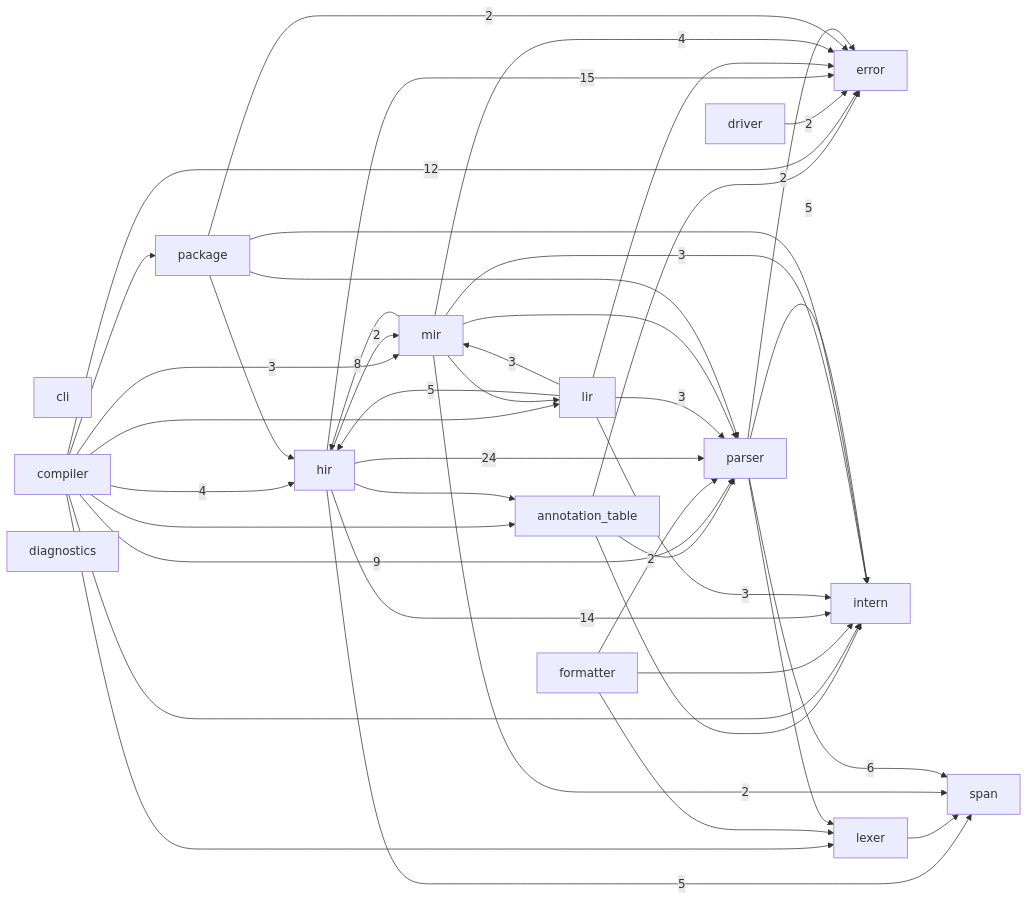
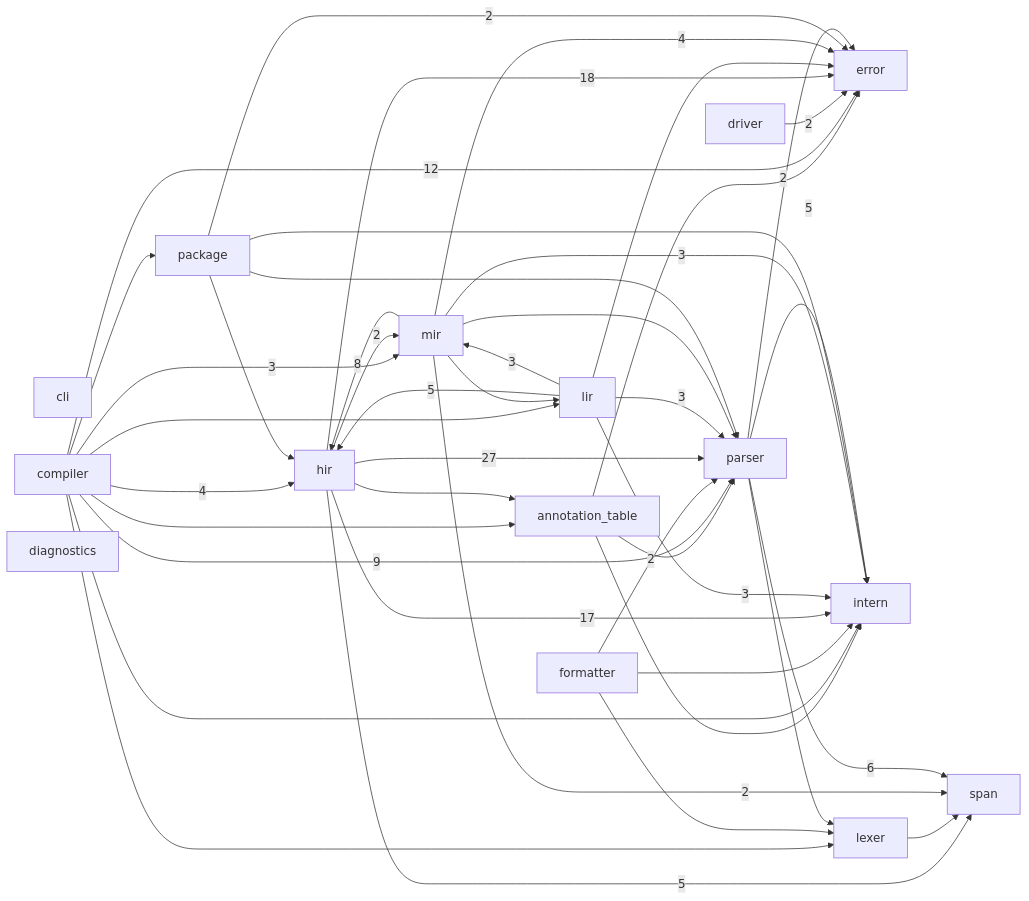
The diagram in docs/module-graph.md (ayanami1ei/Ayanami-language), drawn with Mermaid before and after one commit. The commit also changed other lines of this file and 6 other files, not shown here.

````diff
--- a/docs/module-graph.md
+++ b/docs/module-graph.md
@@ -6,60 +6,60 @@
 ```mermaid
 graph LR
     annotation_table
     cli
     compiler
     diagnostics
     driver
     error
     formatter
     hir
     intern
     lexer
     lir
     mir
     package
     parser
     span
     annotation_table --> error
     annotation_table --> intern
     annotation_table --> parser
     compiler --> annotation_table
     compiler -->|12| error
     compiler -->|4| hir
     compiler --> intern
     compiler --> lexer
     compiler --> lir
     compiler -->|3| mir
     compiler --> package
     compiler -->|9| parser
     driver -->|2| error
     formatter --> intern
     formatter --> lexer
     formatter -->|2| parser
     hir --> annotation_table
-    hir -->|15| error
-    hir -->|14| intern
+    hir -->|18| error
+    hir -->|17| intern
     hir -->|2| mir
-    hir -->|24| parser
+    hir -->|27| parser
     hir -->|5| span
     lexer --> span
     lir --> error
     lir -->|5| hir
     lir -->|3| intern
     lir -->|3| mir
     lir -->|3| parser
     mir -->|4| error
     mir -->|8| hir
     mir -->|3| intern
     mir --> lir
     mir --> parser
     mir -->|2| span
     package -->|2| error
     package --> hir
     package --> intern
     package --> parser
     parser -->|2| error
     parser -->|5| intern
     parser --> lexer
     parser -->|6| span
 ```
````
